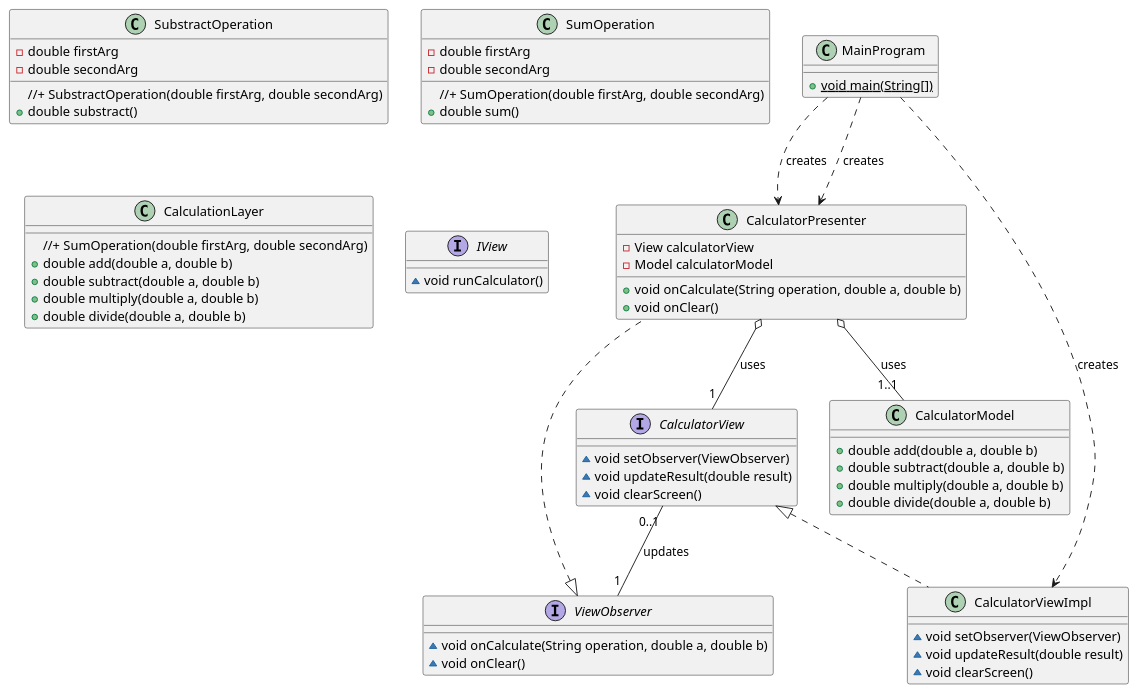
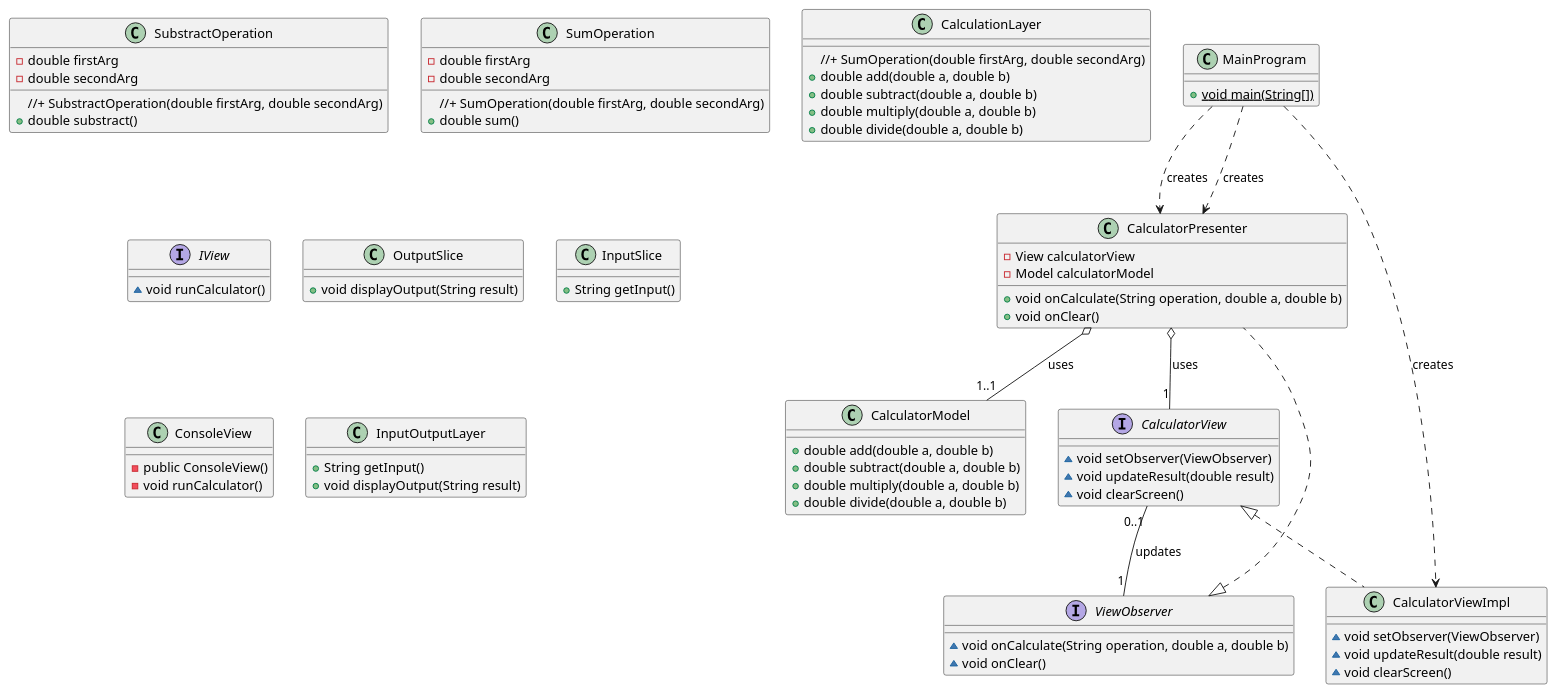
One commit to AlexandrAidarov/Git_ED_architecture changed the diagram in calculatorMVC/example.puml. Above: the diagram before and after it, drawn with PlantUML. The commit also changed 1 other file, not shown here.

```diff
--- a/calculatorMVC/example.puml
+++ b/calculatorMVC/example.puml
@@ -1,85 +1,104 @@
 @startuml
 ' Определение классов и интерфейсов
 class SubstractOperation {
   //+ SubstractOperation(double firstArg, double secondArg)
   + double substract()
   - double firstArg
   - double secondArg
 }
 
 class SumOperation {
   //+ SumOperation(double firstArg, double secondArg)
   + double sum()
   - double firstArg
   - double secondArg
 }
 
 class CalculationLayer {
   //+ SumOperation(double firstArg, double secondArg)
   + double add(double a, double b)
   + double subtract(double a, double b)
   + double multiply(double a, double b)
   + double divide(double a, double b)
 
 }
 
 interface IView {
   ~ void runCalculator()
 }
+
+class OutputSlice {
+  + void displayOutput(String result)
+}
+
+class InputSlice {
+  + String getInput()
+}
+
+class ConsoleView {
+  - public ConsoleView()
+  - void runCalculator()
+}
+
+class InputOutputLayer {
+  + String getInput()
+  + void displayOutput(String result)
+}
+
 
 
 
 
 class CalculatorPresenter {
   - View calculatorView
   - Model calculatorModel
   + void onCalculate(String operation, double a, double b)
   + void onClear()
 }
 
 class CalculatorModel {
   + double add(double a, double b)
   + double subtract(double a, double b)
   + double multiply(double a, double b)
   + double divide(double a, double b)
 }
 
 interface CalculatorView {
   ~ void setObserver(ViewObserver)
   ~ void updateResult(double result)
   ~ void clearScreen()
 }
 
 class MainProgram {
   + {static} void main(String[])
 }
 
 interface ViewObserver {
   ~ void onCalculate(String operation, double a, double b)
   ~ void onClear()
 }
 
 class CalculatorViewImpl {
   ~ void setObserver(ViewObserver)
   ~ void updateResult(double result)
   ~ void clearScreen()
 }
 
 ' Реализация интерфейса
 ViewObserver <|.. CalculatorPresenter
 CalculatorView <|.. CalculatorViewImpl
 
 ' Агрегация в UML отображается пустым ромбом
 CalculatorPresenter o-- "1" CalculatorView : uses
 CalculatorPresenter o-- "1..1" CalculatorModel : uses
 
 ' Зависимость
 'MainProgram ..> ViewObserver : initiates
 ' Зависимость: MainProgram зависит от CalculatorPresenter для инициализации
 MainProgram ..> CalculatorPresenter : creates
 MainProgram ..> CalculatorViewImpl : creates
 MainProgram ..> CalculatorPresenter : creates
 
 ' Ассоциация с мультипликатором
 CalculatorView "0..1" -- "1" ViewObserver : updates
 @enduml
```
